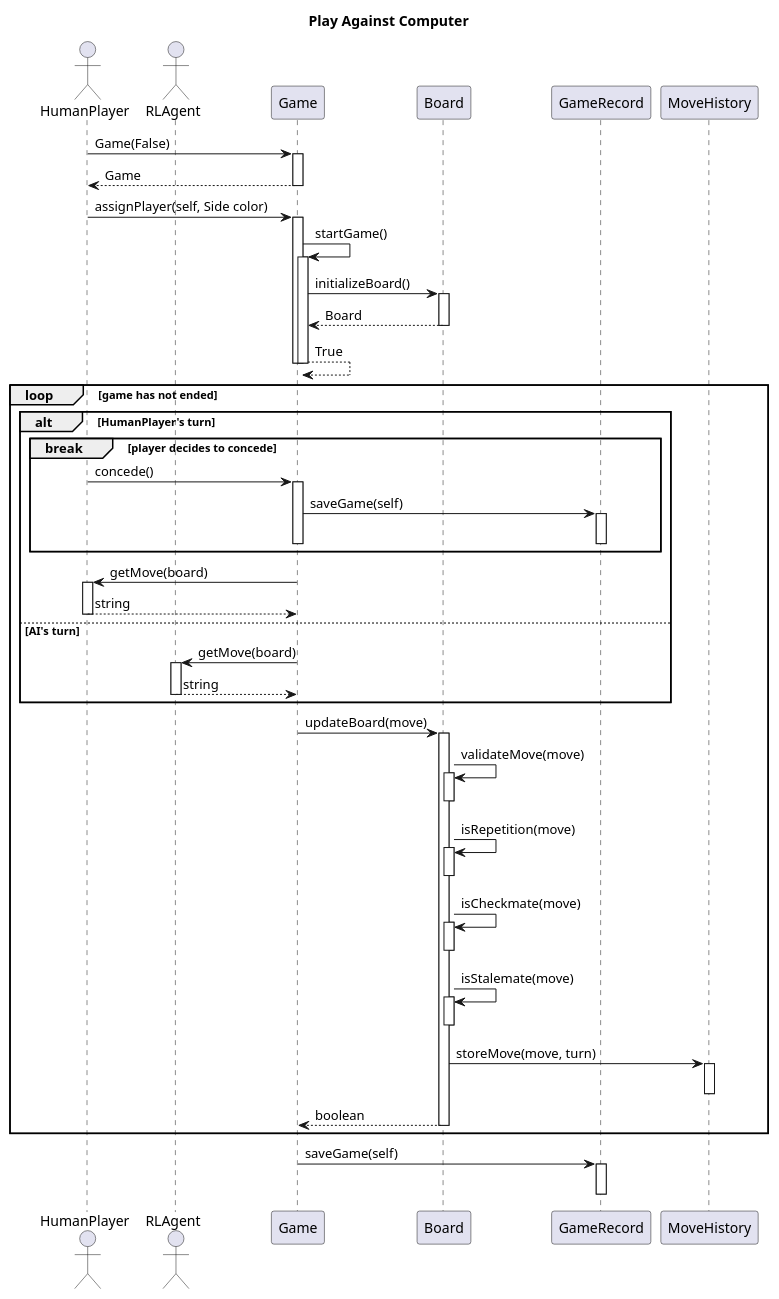
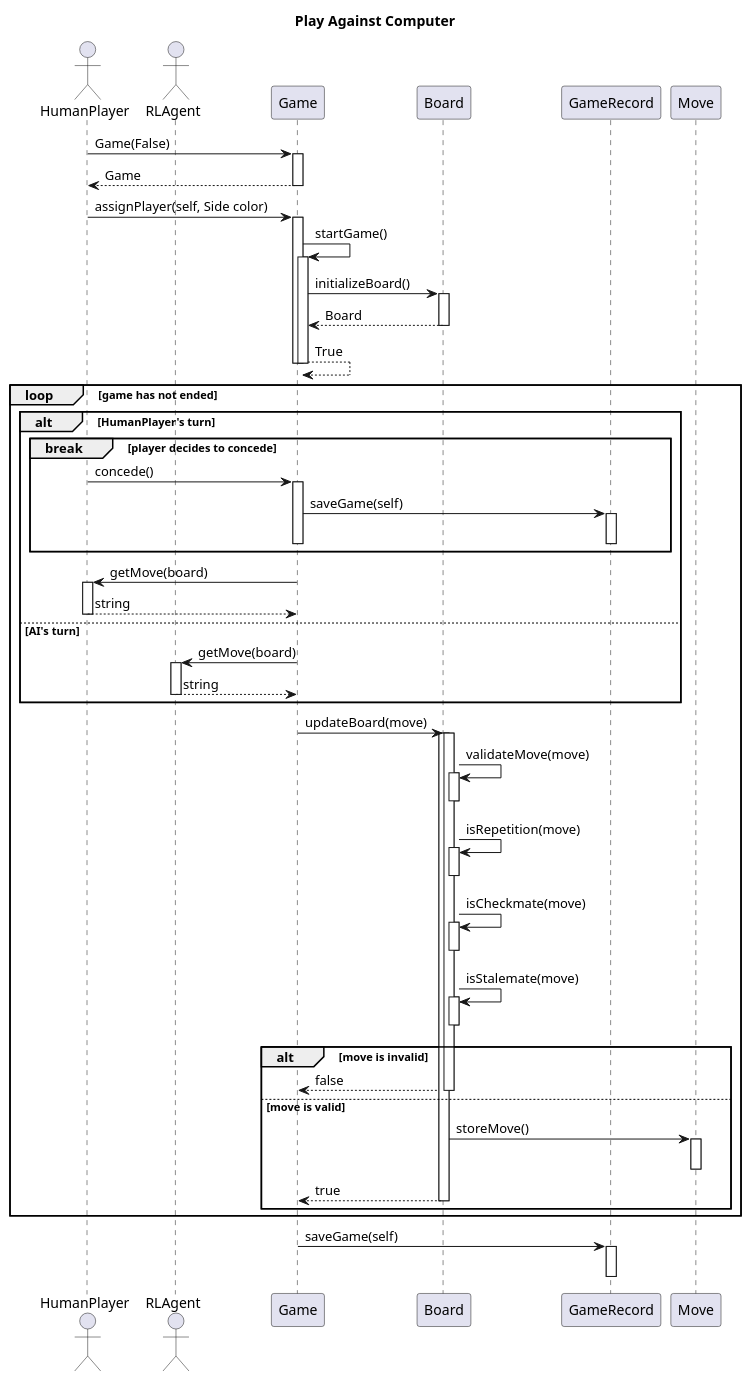
The diagram in docs/preliminary_design_diagrams/sequence_diagrams/play_pvc.puml (ECE493-W22-G04/rl-chess), drawn with PlantUML before and after one commit.

Commit message:
fixed pvc verify move

```diff
--- a/docs/preliminary_design_diagrams/sequence_diagrams/play_pvc.puml
+++ b/docs/preliminary_design_diagrams/sequence_diagrams/play_pvc.puml
@@ -1,50 +1,56 @@
 @startuml Play Against Computer
 
 title Play Against Computer
 
 autoactivate on
 
 actor HumanPlayer
 actor RLAgent
 HumanPlayer -> Game: Game(False)
 return Game
 HumanPlayer -> Game: assignPlayer(self, Side color)
     Game -> Game: startGame()
         Game -> Board: initializeBoard()
         return Board
     return True
     deactivate
 
 loop game has not ended
         
     alt HumanPlayer's turn
         break player decides to concede
             HumanPlayer -> Game: concede()
             Game -> GameRecord: saveGame(self)
             deactivate
             deactivate
         end
         Game -> HumanPlayer: getMove(board)
         return string
     else AI's turn
         Game -> RLAgent: getMove(board)
         return string
     end
     Game -> Board: updateBoard(move)
-        Board -> Board: validateMove(move)
-        deactivate
-        Board -> Board: isRepetition(move)
-        deactivate
-        Board -> Board: isCheckmate(move)
-        deactivate
-        Board -> Board: isStalemate(move)
-        deactivate
-        Board -> MoveHistory: storeMove(move, turn)
-        deactivate
-    return boolean
+        activate Board
+            Board -> Board: validateMove(move)
+            deactivate
+            Board -> Board: isRepetition(move)
+            deactivate
+            Board -> Board: isCheckmate(move)
+            deactivate
+            Board -> Board: isStalemate(move)
+            deactivate
+            alt move is invalid
+                Board --> Game : false
+            else move is valid
+                Board -> Move : storeMove()
+                deactivate
+                Board --> Game : true
+            end
+        deactivate Board
 end
 
 Game -> GameRecord: saveGame(self)
 deactivate
 
 @enduml
```
